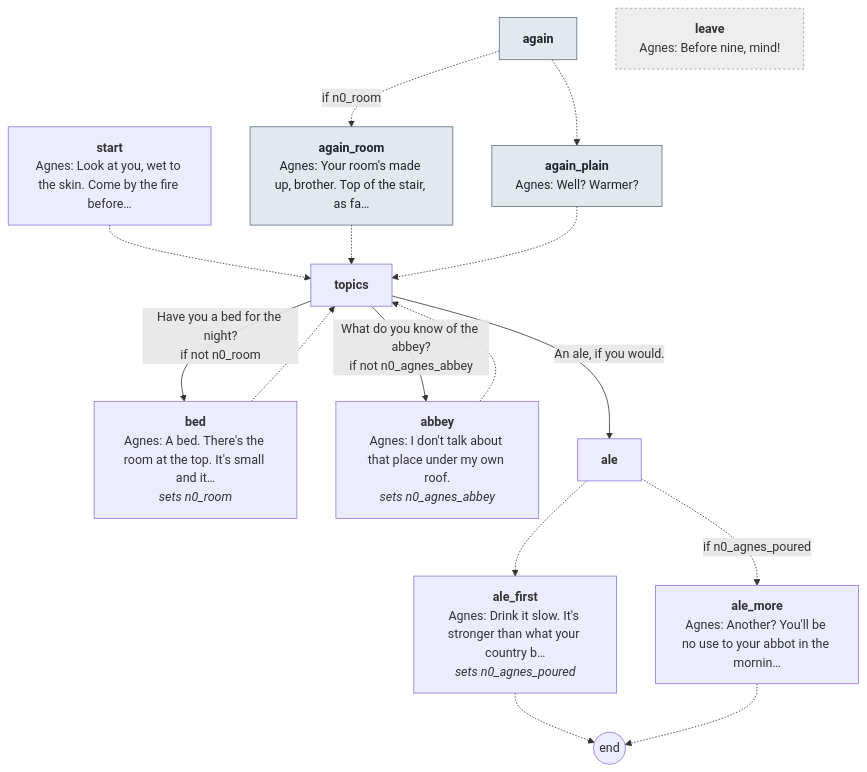
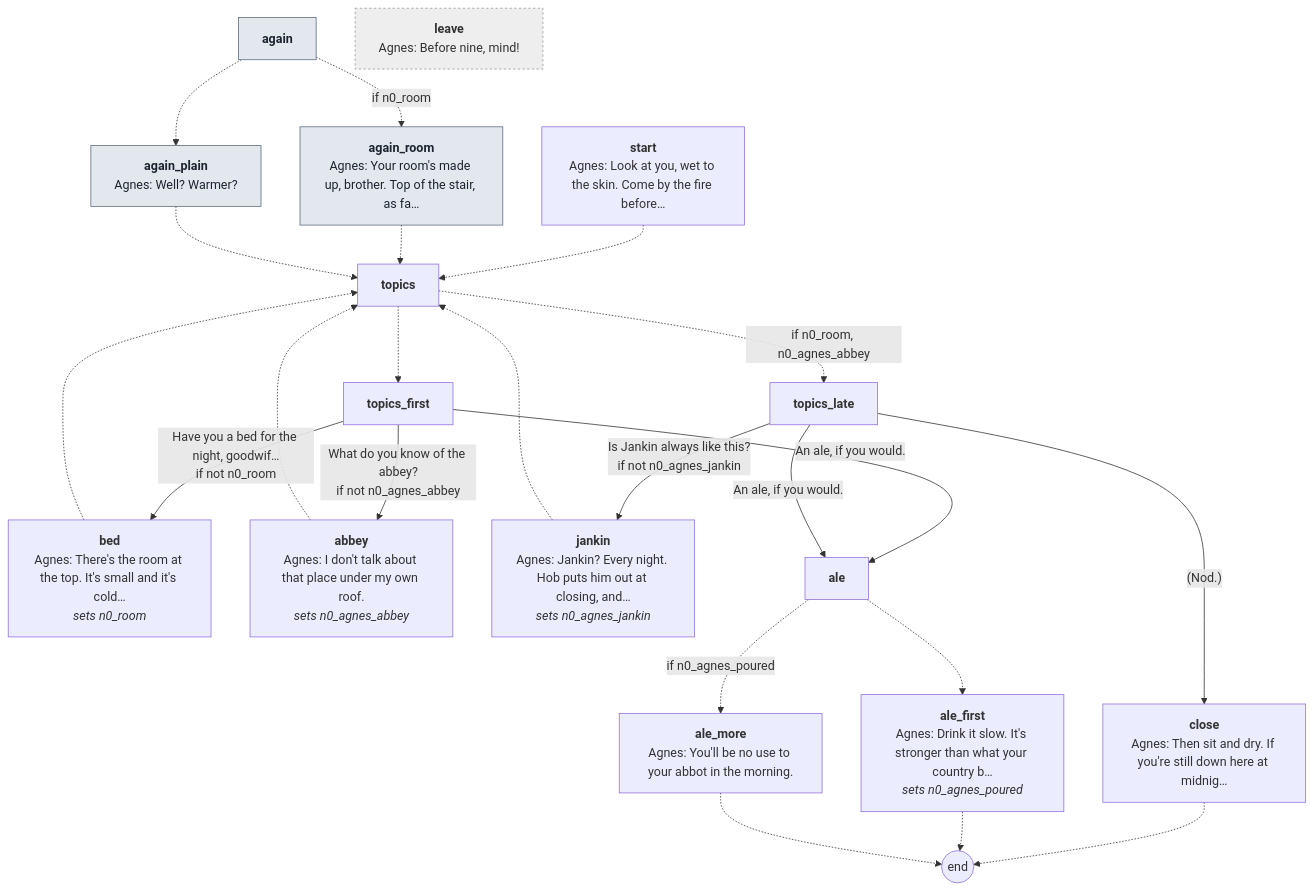
Before and after one commit to toastynaan/the-porter: the second of 15 diagrams in docs/script/night0.md, drawn with Mermaid. The commit also changed other lines of this file and 28 other files, not shown here.

First line of the commit message:
Night 0 finished: final talks and a last scene you can see

````diff
--- a/docs/script/night0.md
+++ b/docs/script/night0.md
@@ -84,36 +85,47 @@
 ```mermaid
 flowchart TD
   p_start["<b>start</b><br/>Agnes: Look at you, wet to the skin. Come by the fire before…"]
   p_again["<b>again</b>"]
   p_again_room["<b>again_room</b><br/>Agnes: Your room's made up, brother. Top of the stair, as fa…"]
   p_again_plain["<b>again_plain</b><br/>Agnes: Well? Warmer?"]
   p_topics["<b>topics</b>"]
-  p_bed["<b>bed</b><br/>Agnes: A bed. There's the room at the top. It's small and it…<br/><i>sets n0_room</i>"]
+  p_topics_first["<b>topics_first</b>"]
+  p_topics_late["<b>topics_late</b>"]
+  p_bed["<b>bed</b><br/>Agnes: There's the room at the top. It's small and it's cold…<br/><i>sets n0_room</i>"]
   p_abbey["<b>abbey</b><br/>Agnes: I don't talk about that place under my own roof.<br/><i>sets n0_agnes_abbey</i>"]
+  p_jankin["<b>jankin</b><br/>Agnes: Jankin? Every night. Hob puts him out at closing, and…<br/><i>sets n0_agnes_jankin</i>"]
+  p_close["<b>close</b><br/>Agnes: Then sit and dry. If you're still down here at midnig…"]
   p_ale["<b>ale</b>"]
   p_ale_first["<b>ale_first</b><br/>Agnes: Drink it slow. It's stronger than what your country b…<br/><i>sets n0_agnes_poured</i>"]
-  p_ale_more["<b>ale_more</b><br/>Agnes: Another? You'll be no use to your abbot in the mornin…"]
+  p_ale_more["<b>ale_more</b><br/>Agnes: You'll be no use to your abbot in the morning."]
   p_leave["<b>leave</b><br/>Agnes: Before nine, mind!"]
   end_((end))
   p_start -.-> p_topics
   p_again -.->|"if n0_room"| p_again_room
   p_again -.-> p_again_plain
   p_again_room -.-> p_topics
   p_again_plain -.-> p_topics
-  p_topics -->|"Have you a bed for the night?<br/>if not n0_room"| p_bed
-  p_topics -->|"What do you know of the abbey?<br/>if not n0_agnes_abbey"| p_abbey
-  p_topics -->|"An ale, if you would."| p_ale
+  p_topics -.->|"if n0_room, n0_agnes_abbey"| p_topics_late
+  p_topics -.-> p_topics_first
+  p_topics_first -->|"Have you a bed for the night, goodwif…<br/>if not n0_room"| p_bed
+  p_topics_first -->|"What do you know of the abbey?<br/>if not n0_agnes_abbey"| p_abbey
+  p_topics_first -->|"An ale, if you would."| p_ale
+  p_topics_late -->|"Is Jankin always like this?<br/>if not n0_agnes_jankin"| p_jankin
+  p_topics_late -->|"(Nod.)"| p_close
+  p_topics_late -->|"An ale, if you would."| p_ale
   p_bed -.-> p_topics
   p_abbey -.-> p_topics
+  p_jankin -.-> p_topics
+  p_close -.-> end_
   p_ale -.->|"if n0_agnes_poured"| p_ale_more
   p_ale -.-> p_ale_first
   p_ale_first -.-> end_
   p_ale_more -.-> end_
   classDef claim fill:#f3e3b5,stroke:#9a6b1a,color:#2b2116
   classDef again fill:#e3e8ef,stroke:#5b6b80,color:#1c2430
   classDef leave fill:#eee,stroke:#999,color:#333,stroke-dasharray: 3 3
   class p_again again
   class p_again_room again
   class p_again_plain again
   class p_leave leave
 ```
````
